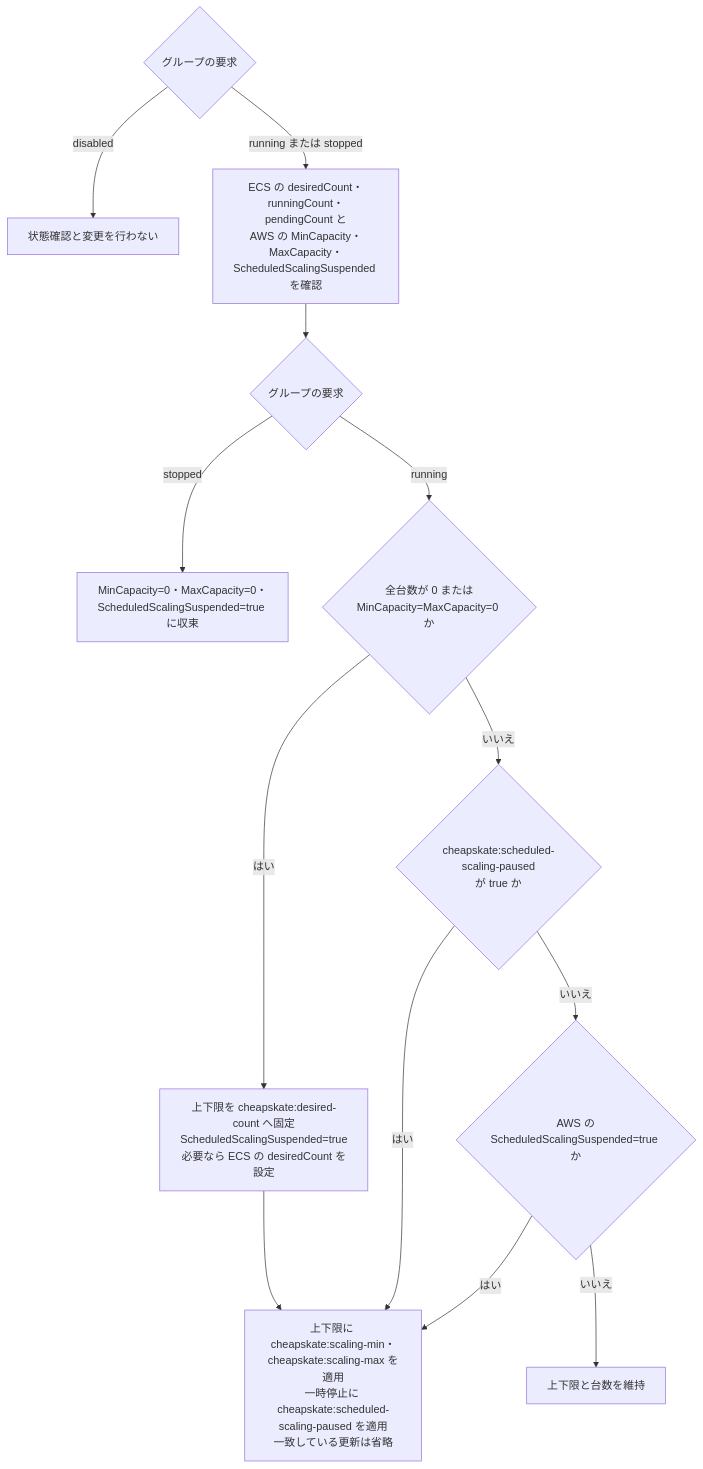
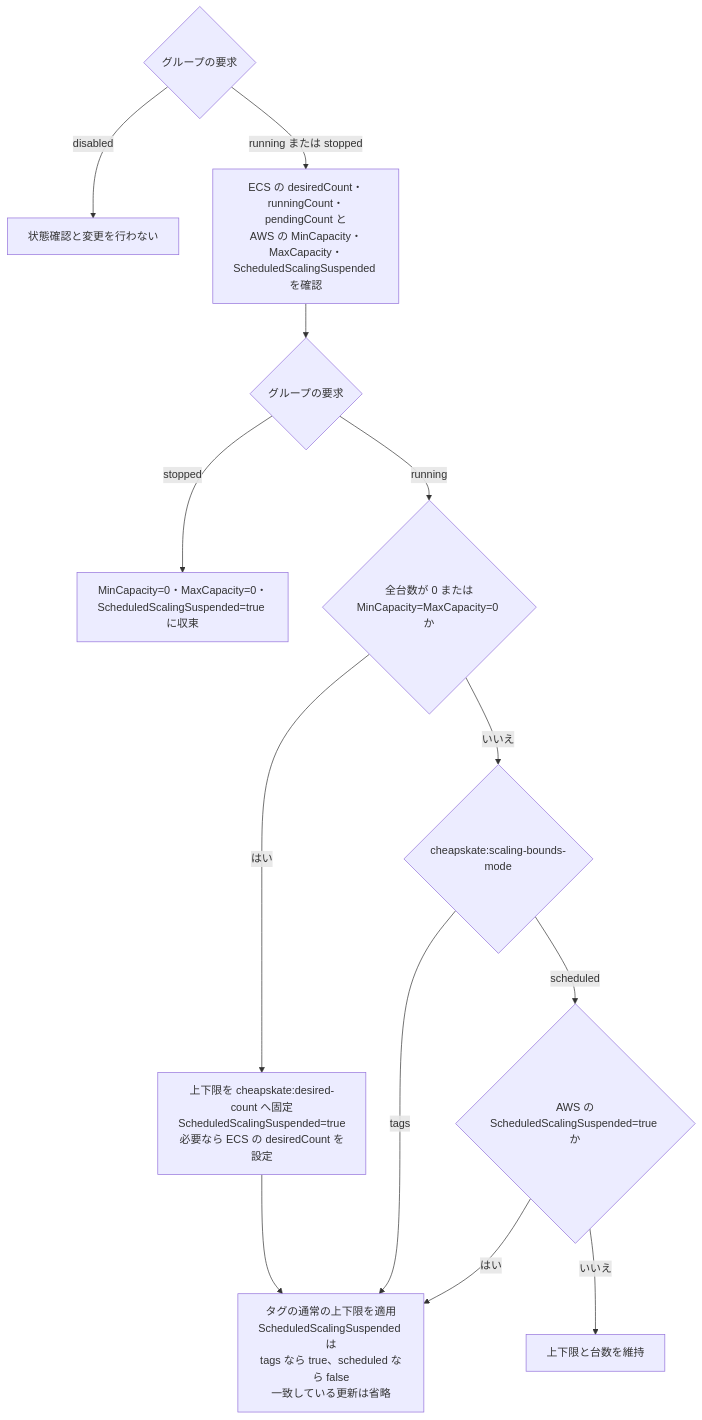
One commit to moepig/cheapskate changed the diagram in docs/ja/usage/ecs.md. Above: the diagram before and after it, drawn with Mermaid. The commit also changed other lines of this file and 22 other files, not shown here.

Commit message:
Clarify ECS scaling bounds management modes

````diff
--- a/docs/ja/usage/ecs.md
+++ b/docs/ja/usage/ecs.md
@@ -73,15 +97,15 @@
 ```mermaid
 flowchart TD
     request{"グループの要求"} -->|disabled| skip["状態確認と変更を行わない"]
     request -->|running または stopped| observe["ECS の desiredCount・runningCount・pendingCount と<br/>AWS の MinCapacity・MaxCapacity・<br/>ScheduledScalingSuspended を確認"]
     observe --> desired{"グループの要求"}
     desired -->|stopped| stop["MinCapacity=0・MaxCapacity=0・<br/>ScheduledScalingSuspended=true に収束"]
     desired -->|running| initialize{"全台数が 0 または<br/>MinCapacity=MaxCapacity=0 か"}
     initialize -->|はい| start["上下限を cheapskate:desired-count へ固定<br/>ScheduledScalingSuspended=true<br/>必要なら ECS の desiredCount を設定"]
-    start --> apply["上下限に cheapskate:scaling-min・<br/>cheapskate:scaling-max を適用<br/>一時停止に cheapskate:scheduled-scaling-paused を適用<br/>一致している更新は省略"]
-    initialize -->|いいえ| paused{"cheapskate:scheduled-scaling-paused<br/>が true か"}
-    paused -->|はい| apply
-    paused -->|いいえ| resume{"AWS の<br/>ScheduledScalingSuspended=true か"}
+    start --> apply["タグの通常の上下限を適用<br/>ScheduledScalingSuspended は<br/>tags なら true、scheduled なら false<br/>一致している更新は省略"]
+    initialize -->|いいえ| mode{"cheapskate:scaling-bounds-mode"}
+    mode -->|tags| apply
+    mode -->|scheduled| resume{"AWS の<br/>ScheduledScalingSuspended=true か"}
     resume -->|はい| apply
     resume -->|いいえ| keep["上下限と台数を維持"]
 ```
````
